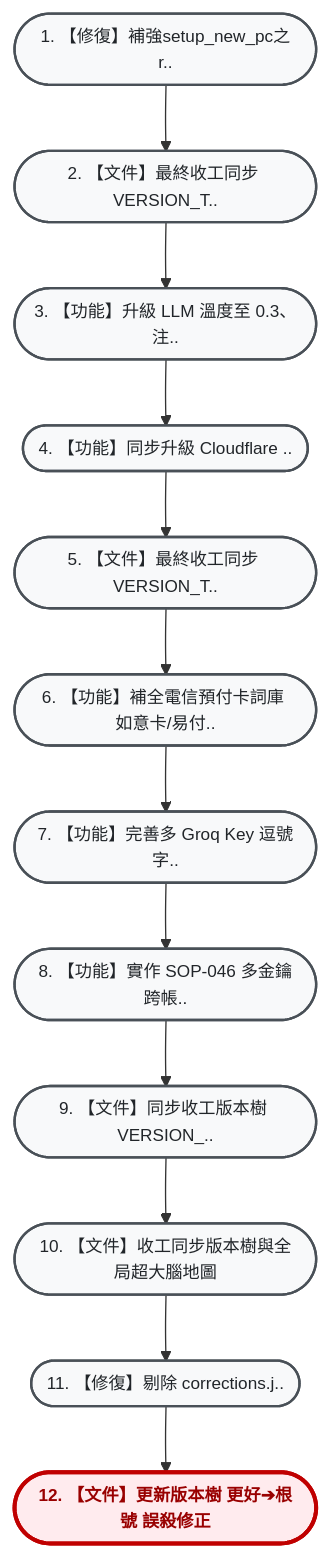
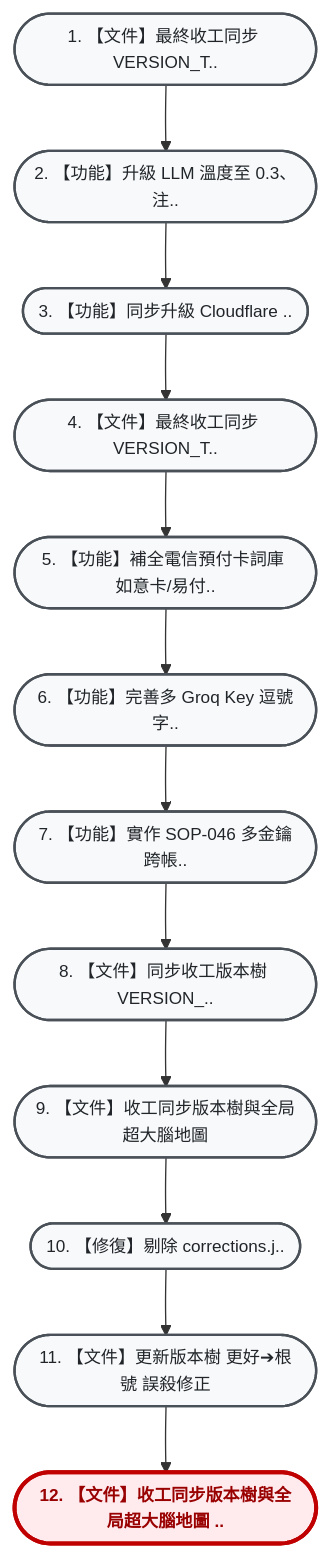
One commit to hjen8/NoType-Scribe changed the diagram in VERSION_TREE.md. Above: the diagram before and after it, drawn with Mermaid. The commit also changed other lines of this file, not shown here.

````diff
--- a/VERSION_TREE.md
+++ b/VERSION_TREE.md
@@ -13,32 +13,32 @@
 ```mermaid
 flowchart TD
     %% 雙壁版本樹專用視覺化配色風格 (由上而下 TD 垂直大字純中文版)
     classDef default fill:#f8f9fa,stroke:#495057,stroke-width:1.8px,color:#212529,font-size:13px;
     classDef current fill:#ffebee,stroke:#c00000,stroke-width:3px,color:#900,font-weight:bold,font-size:13px;
     classDef mergeNode fill:#e3f2fd,stroke:#1565c0,stroke-width:2px,color:#0d47a1,font-size:13px;
     classDef detour fill:#fff3e0,stroke:#e65100,stroke-width:2px,color:#b78103,font-size:13px;
     classDef transplant fill:#f3e5f5,stroke:#4a148c,stroke-width:2.5px,color:#4a148c,font-weight:bold,font-size:13px;
-    n_b742715(["1. 【修復】補強setup_new_pc之r.."]):::default
-    n_5fb84f1(["2. 【文件】最終收工同步 VERSION_T.."]):::default
-    n_d768dea(["3. 【功能】升級 LLM 溫度至 0.3、注.."]):::default
-    n_3c6dba7(["4. 【功能】同步升級 Cloudflare .."]):::default
-    n_bbc9770(["5. 【文件】最終收工同步 VERSION_T.."]):::default
-    n_7440da6(["6. 【功能】補全電信預付卡詞庫 如意卡/易付.."]):::default
-    n_4cc62de(["7. 【功能】完善多 Groq Key 逗號字.."]):::default
-    n_7373595(["8. 【功能】實作 SOP-046 多金鑰跨帳.."]):::default
-    n_c38586c(["9. 【文件】同步收工版本樹 VERSION_.."]):::default
-    n_bc83599(["10. 【文件】收工同步版本樹與全局超大腦地圖"]):::default
-    n_209af02(["11. 【修復】剔除 corrections.j.."]):::default
-    n_dc9d613(["12. 【文件】更新版本樹 更好➔根號 誤殺修正"]):::current
-    n_b742715 --> n_5fb84f1
+    n_5fb84f1(["1. 【文件】最終收工同步 VERSION_T.."]):::default
+    n_d768dea(["2. 【功能】升級 LLM 溫度至 0.3、注.."]):::default
+    n_3c6dba7(["3. 【功能】同步升級 Cloudflare .."]):::default
+    n_bbc9770(["4. 【文件】最終收工同步 VERSION_T.."]):::default
+    n_7440da6(["5. 【功能】補全電信預付卡詞庫 如意卡/易付.."]):::default
+    n_4cc62de(["6. 【功能】完善多 Groq Key 逗號字.."]):::default
+    n_7373595(["7. 【功能】實作 SOP-046 多金鑰跨帳.."]):::default
+    n_c38586c(["8. 【文件】同步收工版本樹 VERSION_.."]):::default
+    n_bc83599(["9. 【文件】收工同步版本樹與全局超大腦地圖"]):::default
+    n_209af02(["10. 【修復】剔除 corrections.j.."]):::default
+    n_dc9d613(["11. 【文件】更新版本樹 更好➔根號 誤殺修正"]):::default
+    n_297e9ec(["12. 【文件】收工同步版本樹與全局超大腦地圖 .."]):::current
     n_5fb84f1 --> n_d768dea
     n_d768dea --> n_3c6dba7
     n_3c6dba7 --> n_bbc9770
     n_bbc9770 --> n_7440da6
     n_7440da6 --> n_4cc62de
     n_4cc62de --> n_7373595
     n_7373595 --> n_c38586c
     n_c38586c --> n_bc83599
     n_bc83599 --> n_209af02
     n_209af02 --> n_dc9d613
+    n_dc9d613 --> n_297e9ec
 ```
````
